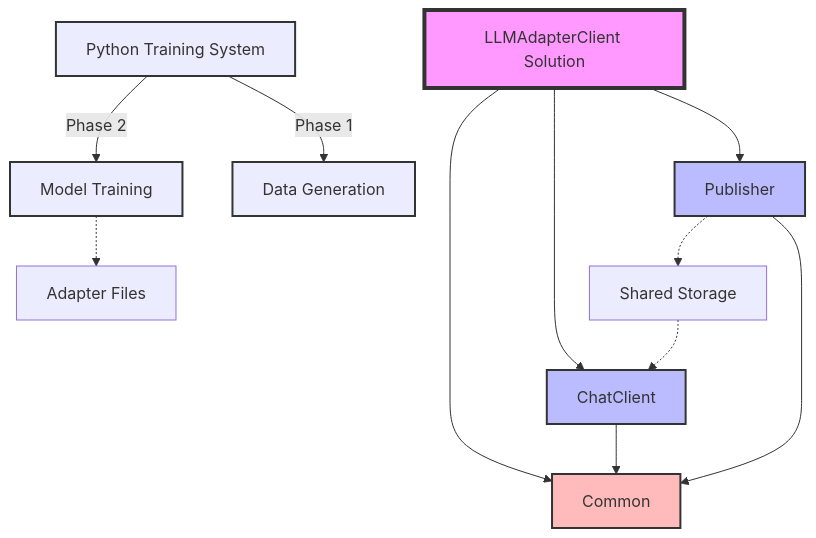
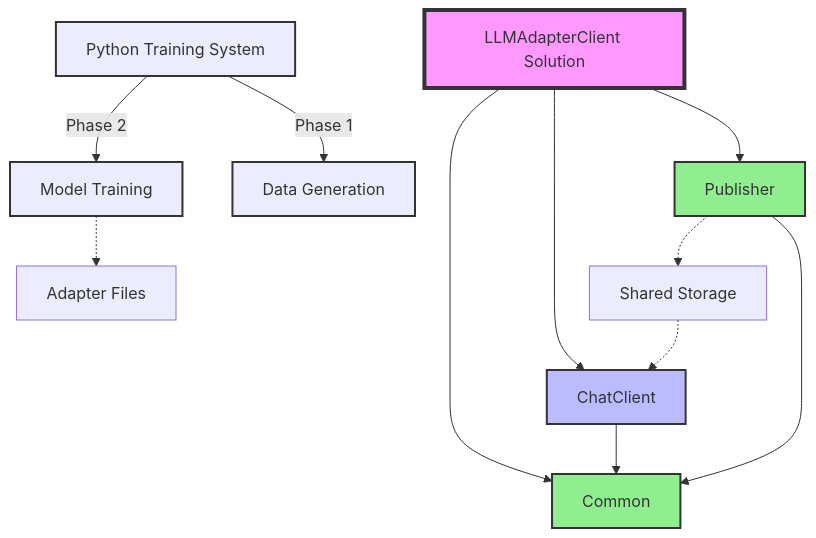
The first of 6 diagrams in STORY.md (gsinghjay/LLMAdapterClient), drawn with Mermaid before and after one commit. The commit also changed other lines of this file, not shown here.

````diff
--- a/STORY.md
+++ b/STORY.md
@@ -7,23 +7,23 @@
 ```mermaid
 graph TD
     A[LLMAdapterClient Solution] --> B[ChatClient]
     A --> C[Publisher]
     A --> D[Common]
     
     B --> D
     C --> D
 
     P[Python Training System] -->|Phase 1| G[Data Generation]
     P -->|Phase 2| H[Model Training]
     H -.-> E[Adapter Files]
     C -.-> F[Shared Storage]
     F -.-> B
 
     style A fill:#f9f,stroke:#333,stroke-width:4px
     style B fill:#bbf,stroke:#333,stroke-width:2px
-    style C fill:#bbf,stroke:#333,stroke-width:2px
-    style D fill:#fbb,stroke:#333,stroke-width:2px
+    style C fill:#90EE90,stroke:#333,stroke-width:2px
+    style D fill:#90EE90,stroke:#333,stroke-width:2px
     style P fill:#yellow,stroke:#333,stroke-width:2px
     style G fill:#lightgreen,stroke:#333,stroke-width:2px
     style H fill:#lightgreen,stroke:#333,stroke-width:2px
 ```
````
